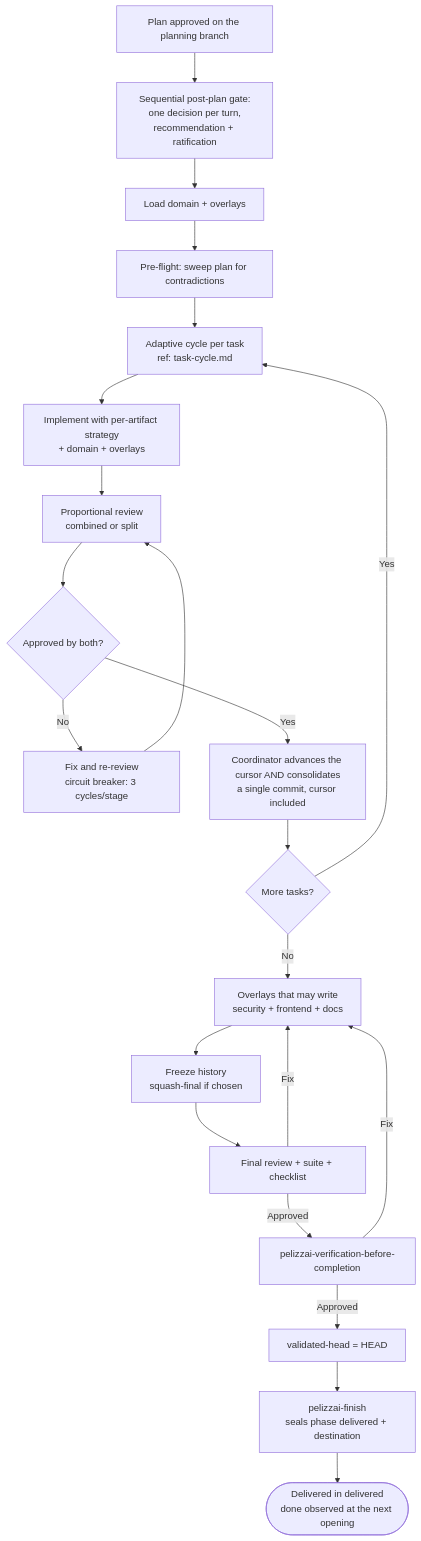
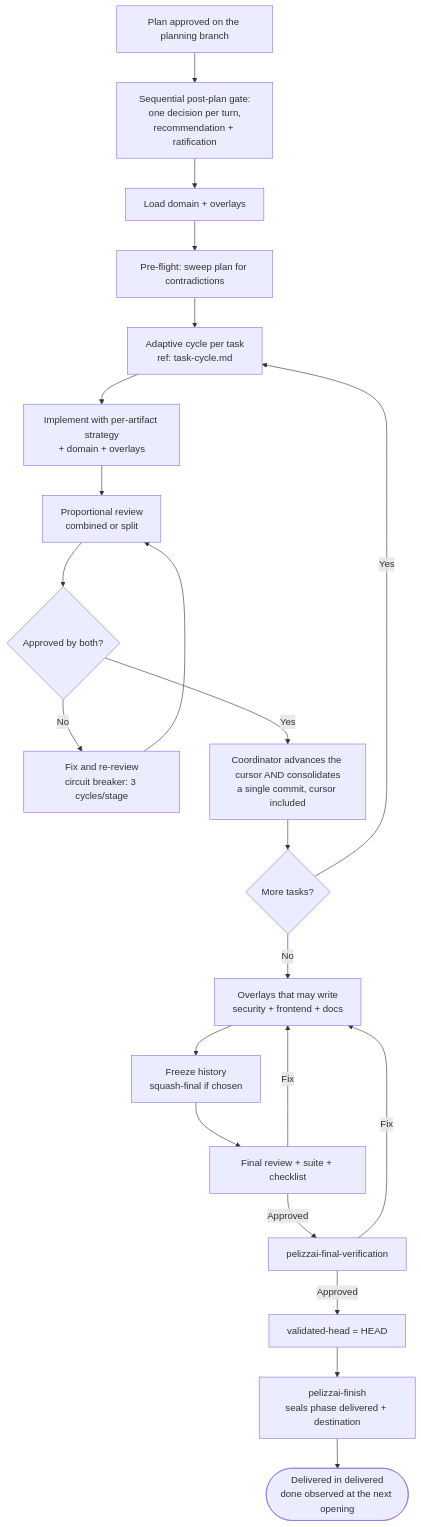
One commit to rpelizza/PelizzAI changed the diagram in .claude/skills/pelizzai-execute/SKILL.md. Above: the diagram before and after it, drawn with Mermaid. The commit also changed other lines of this file and 162 other files, not shown here.

````diff
--- a/.claude/skills/pelizzai-execute/SKILL.md
+++ b/.claude/skills/pelizzai-execute/SKILL.md
@@ -238,24 +238,24 @@
 ```mermaid
 flowchart TD
     PL[Plan approved on the planning branch] --> GATE[Sequential post-plan gate:\none decision per turn,\nrecommendation + ratification]
     GATE --> DOM[Load domain + overlays]
     DOM --> PRE[Pre-flight: sweep plan for contradictions]
     PRE --> CY[Adaptive cycle per task\nref: task-cycle.md]
     CY --> T[Implement with per-artifact strategy\n+ domain + overlays]
     T --> RV[Proportional review\ncombined or split]
     RV --> Q{Approved by both?}
     Q -- No --> FX[Fix and re-review\ncircuit breaker: 3 cycles/stage]
     FX --> RV
     Q -- Yes --> CM[Coordinator advances the cursor AND consolidates\na single commit, cursor included]
     CM --> MORE{More tasks?}
     MORE -- Yes --> CY
     MORE -- No --> OV[Overlays that may write\nsecurity + frontend + docs]
     OV --> CONS[Freeze history\nsquash-final if chosen]
     CONS --> VAL[Final review + suite + checklist]
     VAL -- Fix --> OV
-    VAL -- Approved --> VC[pelizzai-verification-before-completion]
+    VAL -- Approved --> VC[pelizzai-final-verification]
     VC -- Fix --> OV
     VC -- Approved --> SEAL[validated-head = HEAD]
     SEAL --> FIN[pelizzai-finish\nseals phase delivered + destination]
     FIN --> done([Delivered in delivered\ndone observed at the next opening])
 ```
````
